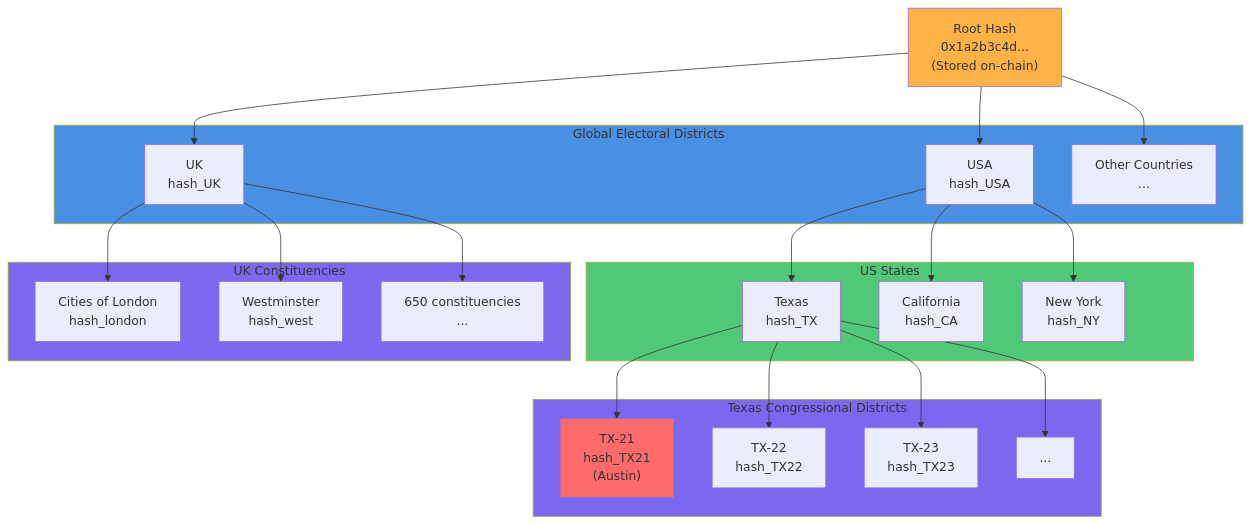
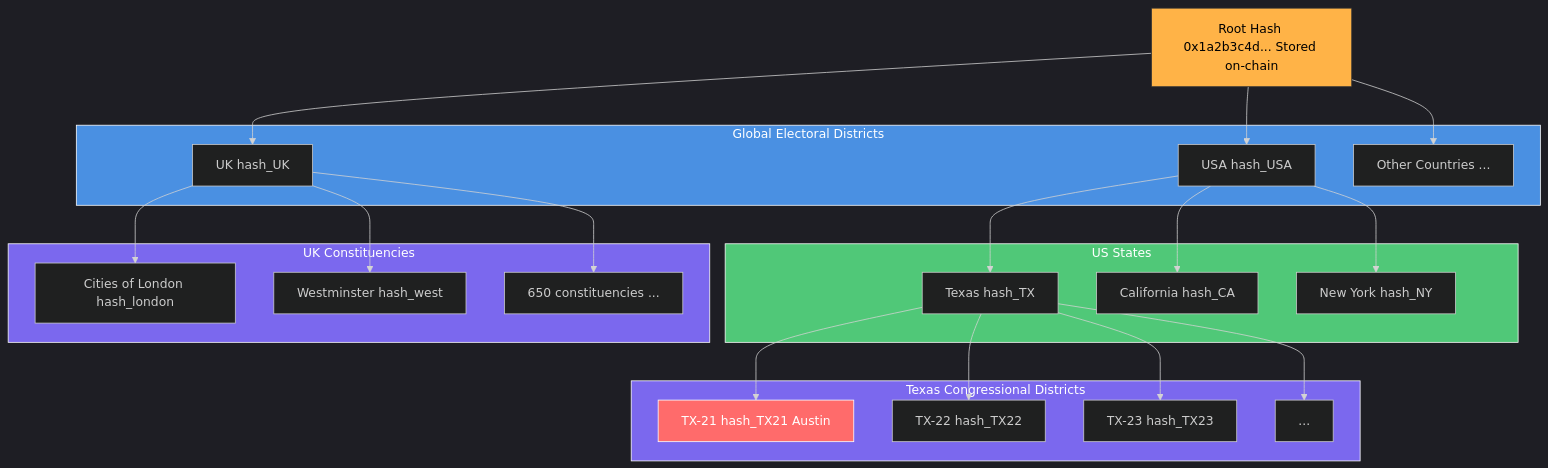
One commit to communisaas/voter-protocol changed the fourth of 9 diagrams in ARCHITECTURE.md. Above: the diagram before and after it, drawn with Mermaid. The commit also changed other lines of this file, not shown here.

First line of the commit message:
fix: Make all mermaid diagrams dark mode compatible

````diff
--- a/ARCHITECTURE.md
+++ b/ARCHITECTURE.md
@@ -352,53 +355,54 @@
 ```mermaid
+%%{init: {'theme':'dark', 'themeVariables': { 'primaryTextColor':'#fff'}}}%%
 graph TB
-    Root["Root Hash<br/>0x1a2b3c4d...<br/>(Stored on-chain)"]
+    Root["Root Hash 0x1a2b3c4d... Stored on-chain"]
 
     subgraph Global["Global Electoral Districts"]
-        USA[USA<br/>hash_USA]
-        UK[UK<br/>hash_UK]
-        Others[Other Countries<br/>...]
+        USA[USA hash_USA]
+        UK[UK hash_UK]
+        Others[Other Countries ...]
     end
 
     subgraph USStates["US States"]
-        TX[Texas<br/>hash_TX]
-        CA[California<br/>hash_CA]
-        NY[New York<br/>hash_NY]
+        TX[Texas hash_TX]
+        CA[California hash_CA]
+        NY[New York hash_NY]
     end
 
     subgraph TXDistricts["Texas Congressional Districts"]
-        TX21["TX-21<br/>hash_TX21<br/>(Austin)"]
-        TX22["TX-22<br/>hash_TX22"]
-        TX23["TX-23<br/>hash_TX23"]
+        TX21["TX-21 hash_TX21 Austin"]
+        TX22["TX-22 hash_TX22"]
+        TX23["TX-23 hash_TX23"]
         TXOther["..."]
     end
 
     subgraph UKRegions["UK Constituencies"]
-        London["Cities of London<br/>hash_london"]
-        Westminster["Westminster<br/>hash_west"]
-        UKOther["650 constituencies<br/>..."]
+        London["Cities of London hash_london"]
+        Westminster["Westminster hash_west"]
+        UKOther["650 constituencies ..."]
     end
 
     Root --> USA
     Root --> UK
     Root --> Others
 
     USA --> TX
     USA --> CA
     USA --> NY
 
     TX --> TX21
     TX --> TX22
     TX --> TX23
     TX --> TXOther
 
     UK --> London
     UK --> Westminster
     UK --> UKOther
 
-    style Root fill:#FFB347
-    style Global fill:#4A90E2
-    style USStates fill:#50C878
-    style TXDistricts fill:#7B68EE
-    style UKRegions fill:#7B68EE
-    style TX21 fill:#FF6B6B
+    style Root fill:#FFB347,stroke:#333,color:#000
+    style Global fill:#4A90E2,stroke:#fff,color:#fff
+    style USStates fill:#50C878,stroke:#fff,color:#fff
+    style TXDistricts fill:#7B68EE,stroke:#fff,color:#fff
+    style UKRegions fill:#7B68EE,stroke:#fff,color:#fff
+    style TX21 fill:#FF6B6B,stroke:#fff,color:#fff
 ```
````
